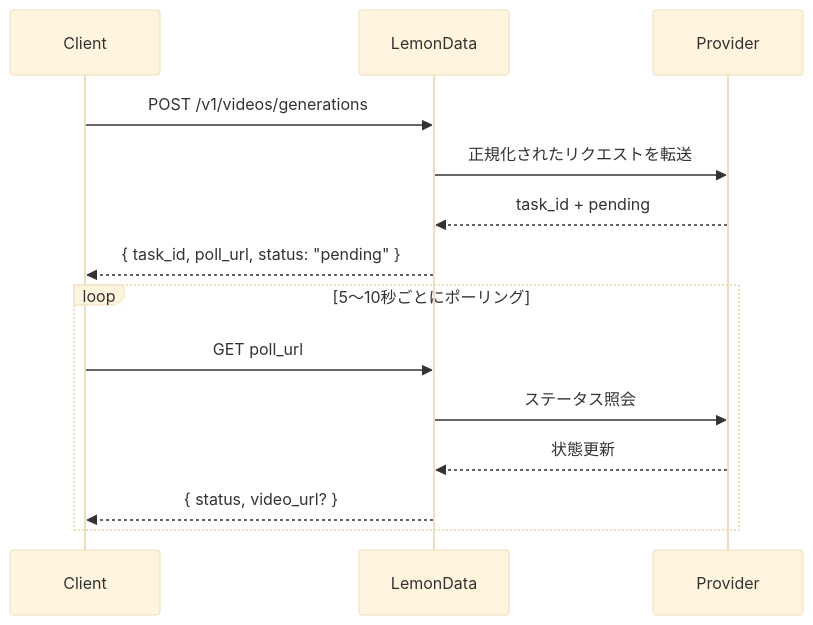
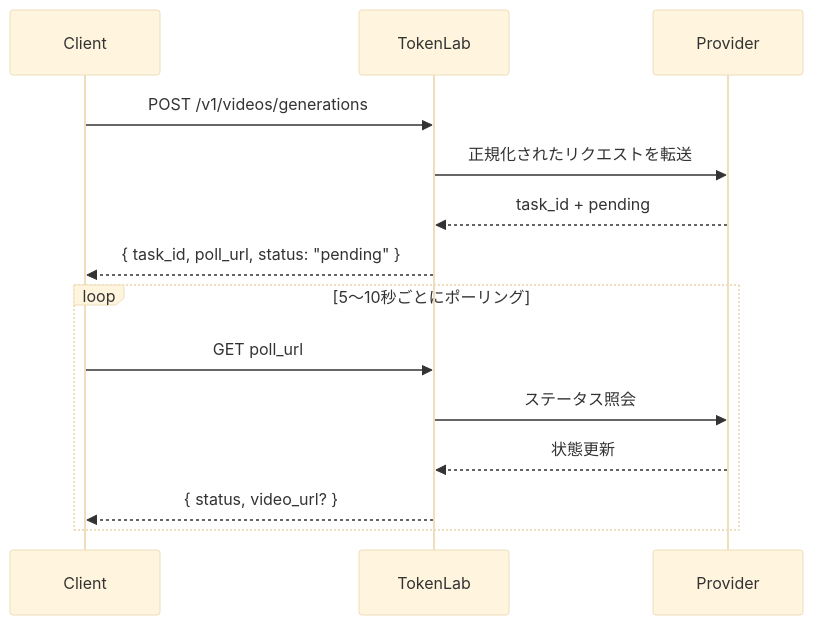
The diagram in ja/guides/video-generation.mdx (hedging8563/lemondata-docs), drawn with Mermaid (base theme) before and after one commit. The commit also changed other lines of this file and 858 other files, not shown here.

````diff
--- a/ja/guides/video-generation.mdx
+++ b/ja/guides/video-generation.mdx
@@ -24,18 +24,18 @@
 ```mermaid
 sequenceDiagram
     participant Client
-    participant LemonData
+    participant TokenLab
     participant Provider
 
-    Client->>LemonData: POST /v1/videos/generations
-    LemonData->>Provider: 正規化されたリクエストを転送
-    Provider-->>LemonData: task_id + pending
-    LemonData-->>Client: { task_id, poll_url, status: "pending" }
+    Client->>TokenLab: POST /v1/videos/generations
+    TokenLab->>Provider: 正規化されたリクエストを転送
+    Provider-->>TokenLab: task_id + pending
+    TokenLab-->>Client: { task_id, poll_url, status: "pending" }
 
     loop 5〜10秒ごとにポーリング
-        Client->>LemonData: GET poll_url
-        LemonData->>Provider: ステータス照会
-        Provider-->>LemonData: 状態更新
-        LemonData-->>Client: { status, video_url? }
+        Client->>TokenLab: GET poll_url
+        TokenLab->>Provider: ステータス照会
+        Provider-->>TokenLab: 状態更新
+        TokenLab-->>Client: { status, video_url? }
     end
 ```
````
